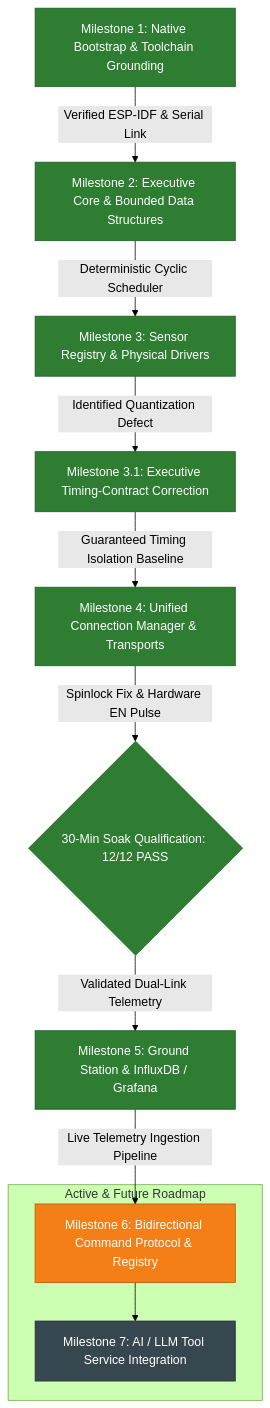
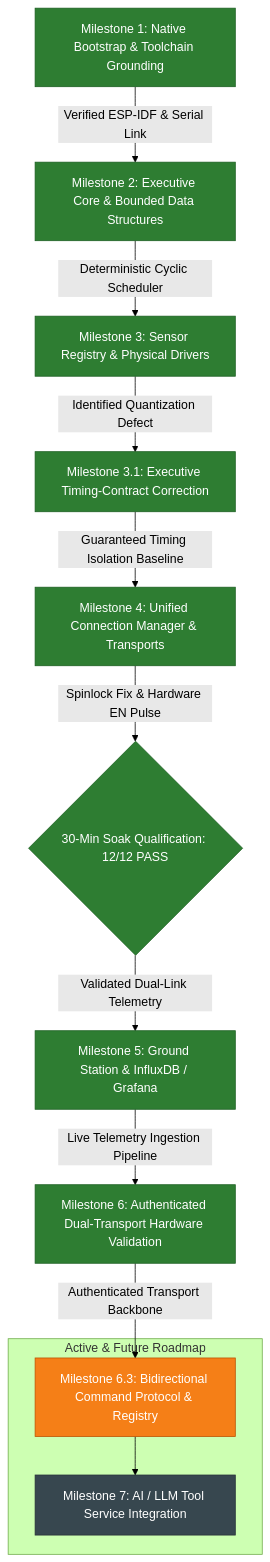
The diagram in docs/milestones/README.md (aryan-madhavi/NEXUS), drawn with Mermaid (forest theme) before and after one commit. The commit also changed other lines of this file and 3 other files, not shown here.

First line of the commit message:
docs(milestone-6): document secure wi-fi/mqtt transport and hardware validation

````diff
--- a/docs/milestones/README.md
+++ b/docs/milestones/README.md
@@ -85,32 +97,34 @@
 ```mermaid
 flowchart TD
     M1[Milestone 1: Native Bootstrap & Toolchain Grounding]
     M2[Milestone 2: Executive Core & Bounded Data Structures]
     M3[Milestone 3: Sensor Registry & Physical Drivers]
     M3_1[Milestone 3.1: Executive Timing-Contract Correction]
     M4[Milestone 4: Unified Connection Manager & Transports]
     M4_Gate{30-Min Soak Qualification: 12/12 PASS}
     M5[Milestone 5: Ground Station & InfluxDB / Grafana]
+    M6[Milestone 6: Authenticated Dual-Transport Hardware Validation]
     
     subgraph Active & Future Roadmap
-        M6[Milestone 6: Bidirectional Command Protocol & Registry]
+        M6_3[Milestone 6.3: Bidirectional Command Protocol & Registry]
         M7[Milestone 7: AI / LLM Tool Service Integration]
     end
 
     M1 -->|Verified ESP-IDF & Serial Link| M2
     M2 -->|Deterministic Cyclic Scheduler| M3
     M3 -->|Identified Quantization Defect| M3_1
     M3_1 -->|Guaranteed Timing Isolation Baseline| M4
     M4 -->|Spinlock Fix & Hardware EN Pulse| M4_Gate
     M4_Gate -->|Validated Dual-Link Telemetry| M5
     M5 -->|Live Telemetry Ingestion Pipeline| M6
-    M6 --> M7
+    M6 -->|Authenticated Transport Backbone| M6_3
+    M6_3 --> M7
 
     classDef done fill:#2e7d32,stroke:#1b5e20,color:#ffffff;
     classDef pending fill:#f57f17,stroke:#bc5100,color:#ffffff;
     classDef future fill:#37474f,stroke:#263238,color:#ffffff;
     
-    class M1,M2,M3,M3_1,M4,M4_Gate,M5 done;
-    class M6 pending;
+    class M1,M2,M3,M3_1,M4,M4_Gate,M5,M6 done;
+    class M6_3 pending;
     class M7 future;
 ```
````
